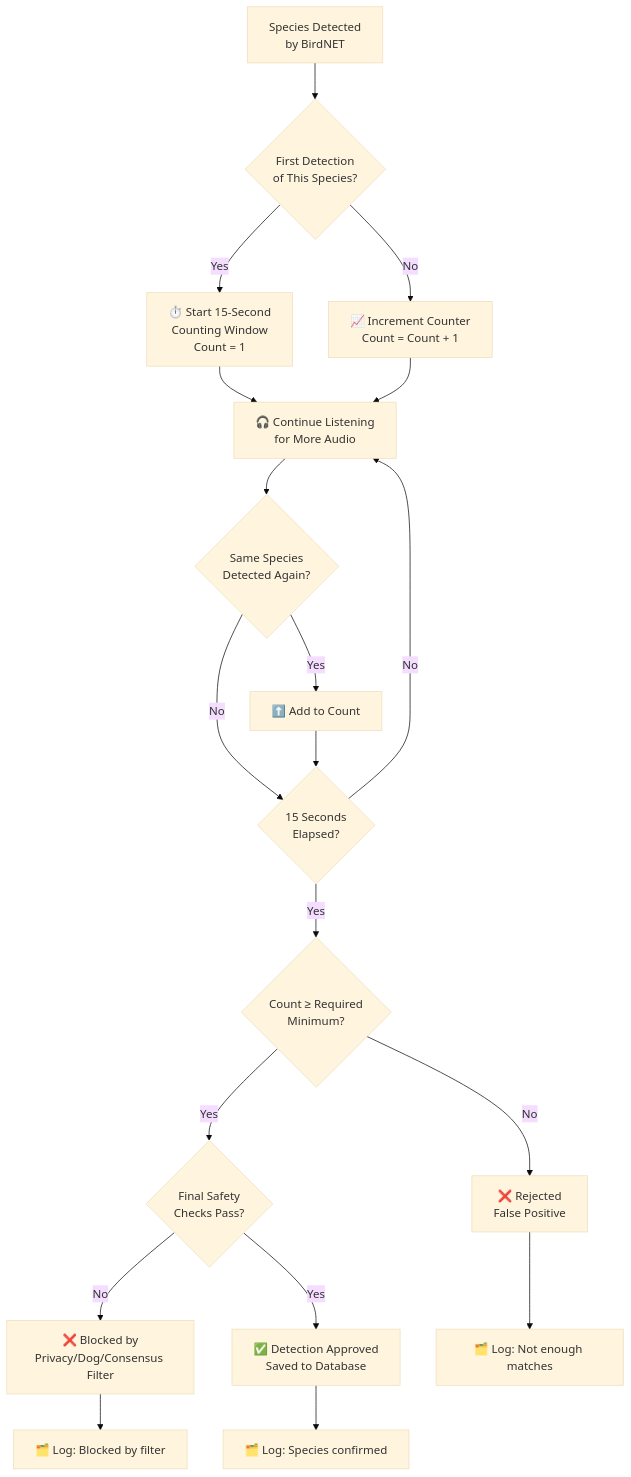
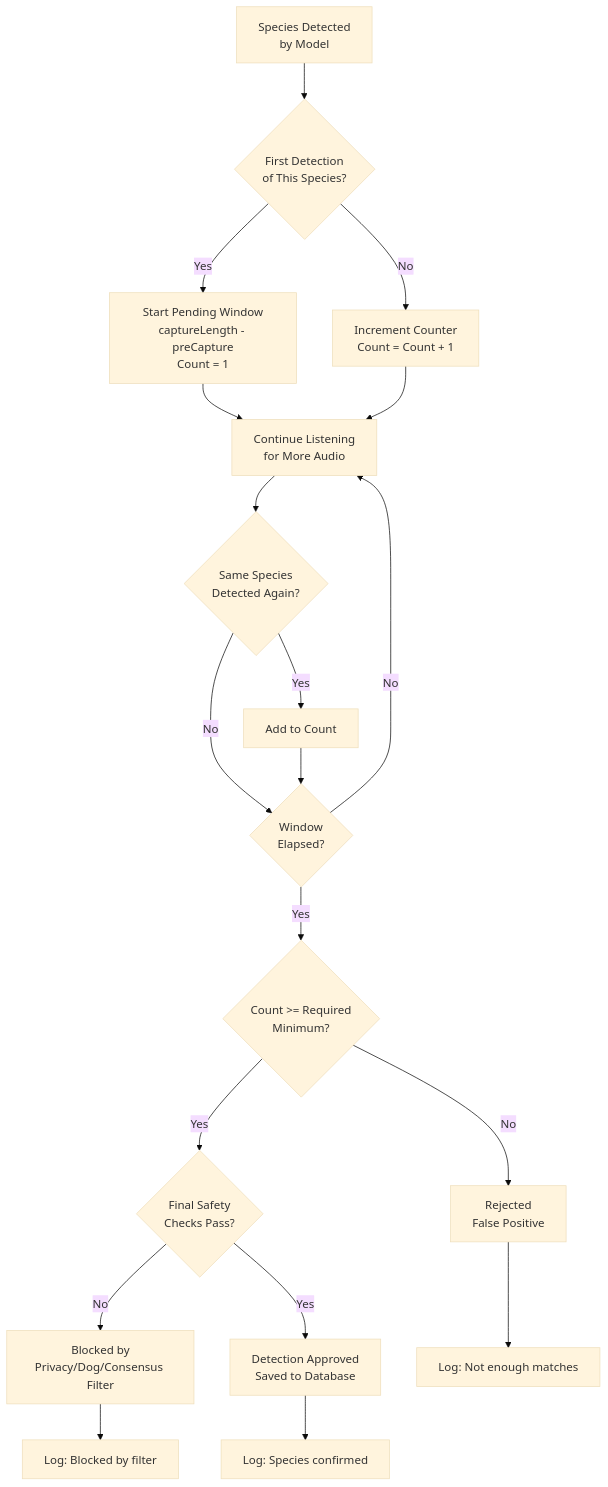
One commit to tphakala/birdnet-go changed the third of 3 diagrams in doc/wiki/guide.md. Above: the diagram before and after it, drawn with Mermaid (base theme). The commit also changed other lines of this file and 21 other files, not shown here.

````diff
--- a/doc/wiki/guide.md
+++ b/doc/wiki/guide.md
@@ -1553,28 +1550,28 @@
 ```mermaid
 graph TD
-    A[Species Detected<br/>by BirdNET] --> B{First Detection<br/>of This Species?}
+    A[Species Detected<br/>by Model] --> B{First Detection<br/>of This Species?}
 
-    B -->|Yes| C[⏱️ Start 15-Second<br/>Counting Window<br/>Count = 1]
-    B -->|No| D[📈 Increment Counter<br/>Count = Count + 1]
+    B -->|Yes| C[Start Pending Window<br/>captureLength - preCapture<br/>Count = 1]
+    B -->|No| D[Increment Counter<br/>Count = Count + 1]
 
-    C --> E[🎧 Continue Listening<br/>for More Audio]
+    C --> E[Continue Listening<br/>for More Audio]
     D --> E
 
     E --> F{Same Species<br/>Detected Again?}
-    F -->|Yes| G[⬆️ Add to Count]
-    F -->|No| H{15 Seconds<br/>Elapsed?}
+    F -->|Yes| G[Add to Count]
+    F -->|No| H{Window<br/>Elapsed?}
 
     G --> H
     H -->|No| E
-    H -->|Yes| I{Count ≥ Required<br/>Minimum?}
+    H -->|Yes| I{Count >= Required<br/>Minimum?}
 
-    I -->|No| J[❌ Rejected<br/>False Positive]
+    I -->|No| J[Rejected<br/>False Positive]
     I -->|Yes| K{Final Safety<br/>Checks Pass?}
 
-    K -->|No| L[❌ Blocked by<br/>Privacy/Dog/Consensus Filter]
-    K -->|Yes| M[✅ Detection Approved<br/>Saved to Database]
+    K -->|No| L[Blocked by<br/>Privacy/Dog/Consensus Filter]
+    K -->|Yes| M[Detection Approved<br/>Saved to Database]
 
-    J --> N[🗂️ Log: Not enough matches]
-    L --> O[🗂️ Log: Blocked by filter]
-    M --> P[🗂️ Log: Species confirmed]
+    J --> N[Log: Not enough matches]
+    L --> O[Log: Blocked by filter]
+    M --> P[Log: Species confirmed]
 ```
````
